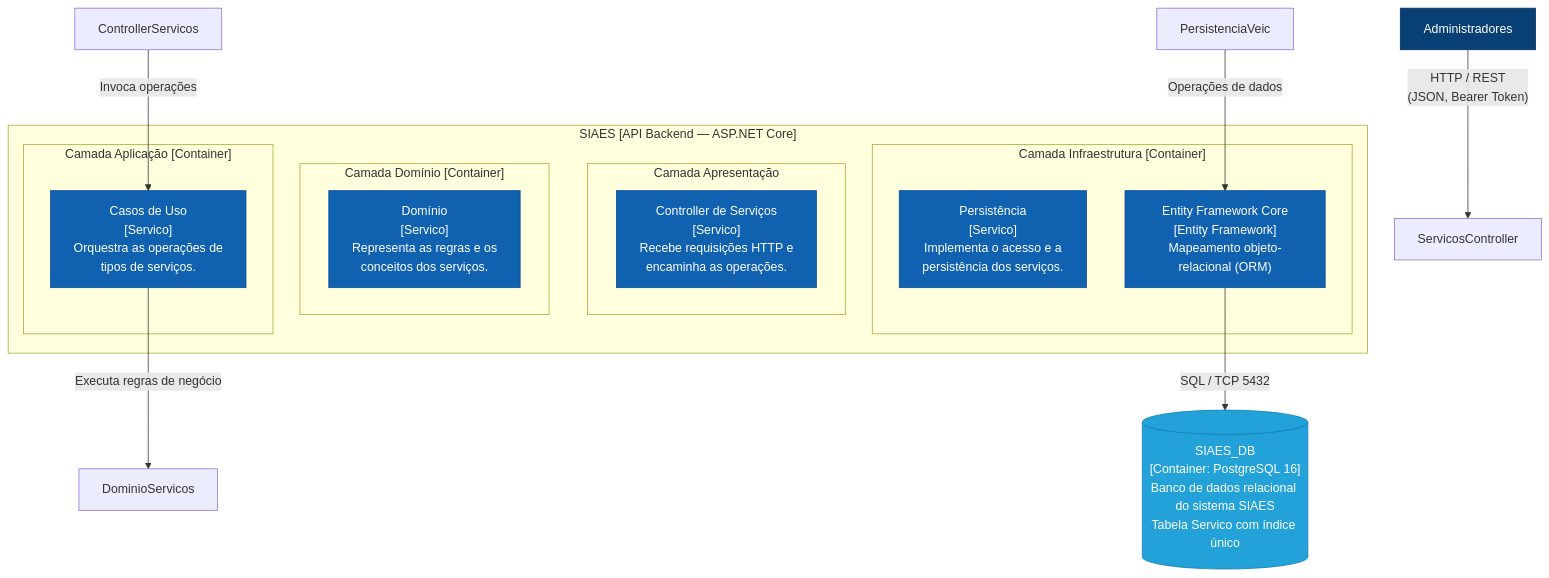
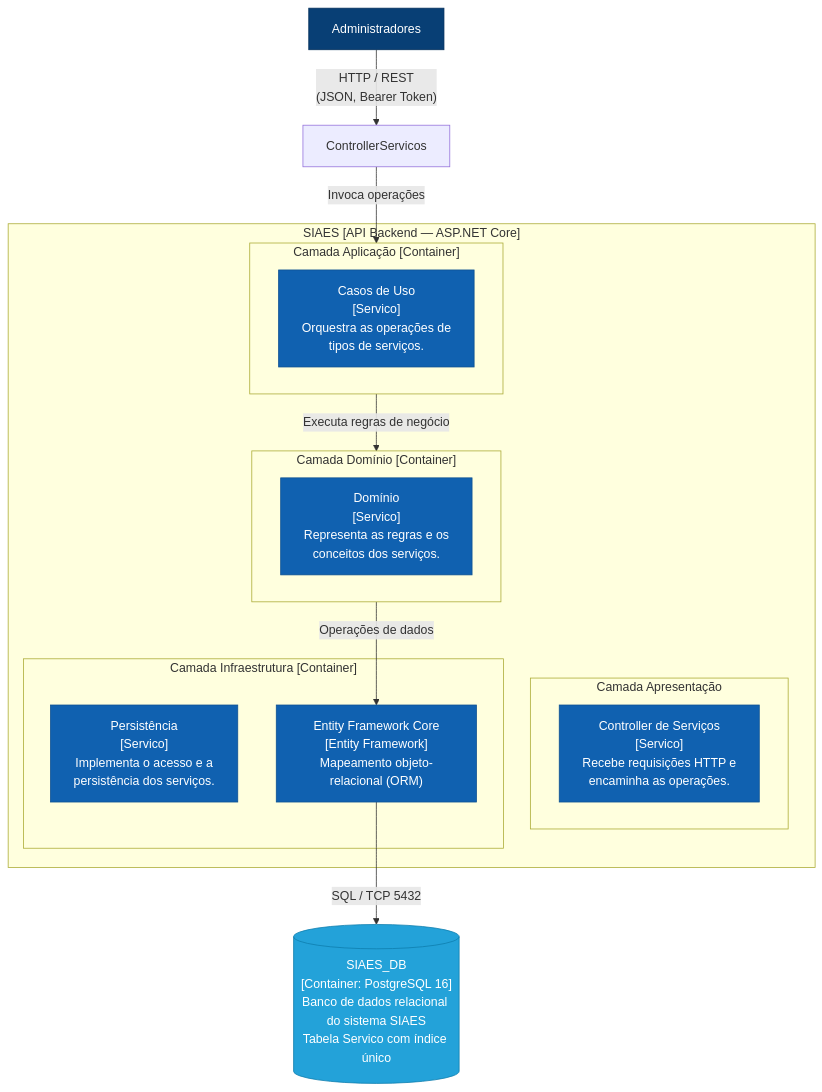
One commit to marcoswferreira/18SOAT_TechChallenge changed the first of 2 diagrams in docs/architecture/c3-servico.md. Above: the diagram before and after it, drawn with Mermaid.

Commit message:
ajuste no diagrama

````diff
--- a/docs/architecture/c3-servico.md
+++ b/docs/architecture/c3-servico.md
@@ -22,49 +22,49 @@
 ```mermaid
 flowchart TD
     %% Ator / Consumidor
     Usuario["Administradores"]:::person
 
     %% Fronteira do Sistema SIAES (API Backend)
     subgraph SIAESBoundary ["SIAES [API Backend — ASP.NET Core]"]
         
         %% Camada de Apresentação
         subgraph CamadaApresentacao ["Camada Apresentação"]
             ControllerServico["Controller de Serviços\n[Servico]\nRecebe requisições HTTP e\nencaminha as operações."]:::component
         end
 
         %% Camada Aplicação
         subgraph CamadaAplicacao ["Camada Aplicação [Container]"]
             CasosUsoServicos["Casos de Uso\n[Servico]\nOrquestra as operações de\ntipos de serviços."]:::component
         end
 
         %% Camada Domínio
         subgraph CamadaDominio ["Camada Domínio [Container]"]
             DominioVeic["Domínio\n[Servico]\nRepresenta as regras e os\nconceitos dos serviços."]:::component
         end
 
         %% Camada Infraestrutura
         subgraph CamadaInfra ["Camada Infraestrutura [Container]"]
             PersistenciaServico["Persistência\n[Servico]\nImplementa o acesso e a\npersistência dos serviços."]:::component
             EFCore["Entity Framework Core\n[Entity Framework]\nMapeamento objeto-relacional (ORM)"]:::component
         end
     end
 
     %% Banco de Dados Externo
     DB[("SIAES_DB\n[Container: PostgreSQL 16]\nBanco de dados relacional do sistema SIAES\nTabela Servico com índice único")]:::db
 
     %% Relações e Fluxo (exatamente conforme o modelo C3)
-    Usuario -->|"HTTP / REST\n(JSON, Bearer Token)"| ServicosController
+    Usuario -->|"HTTP / REST\n(JSON, Bearer Token)"| ControllerServicos
 
-    ControllerServicos -->|"Invoca operações"| CasosUsoServicos
+    ControllerServicos -->|"Invoca operações"| CamadaAplicacao
 
-    CasosUsoServicos -->|"Executa regras de negócio"| DominioServicos
+    CamadaAplicacao -->|"Executa regras de negócio"| CamadaDominio
   
-    PersistenciaVeic -->|"Operações de dados"| EFCore
+    CamadaDominio -->|"Operações de dados"| EFCore
    
     EFCore -->|"SQL / TCP 5432"| DB
 
     %% Estilos visuais C4 (alinhados ao Draw.io)
     classDef person fill:#083F75,stroke:#06315C,color:#ffffff;
     classDef component fill:#1061B0,stroke:#0D5091,color:#ffffff;
     classDef db fill:#23A2D9,stroke:#0E7DAD,color:#ffffff;
 ```
````
